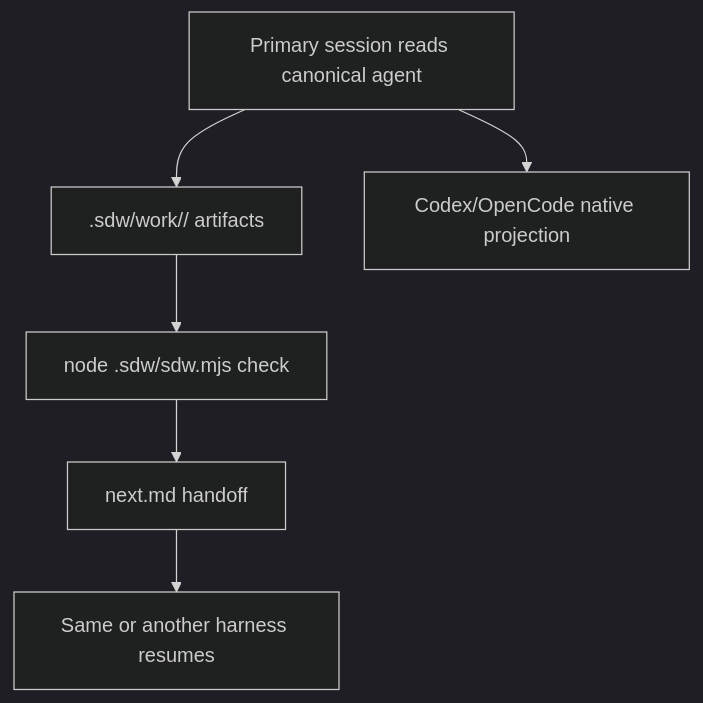
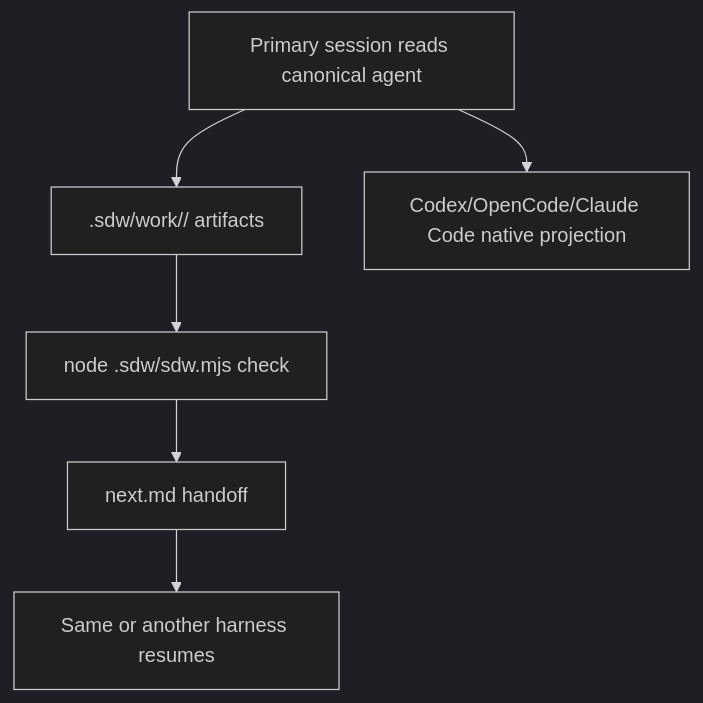
One commit to roperi/spec-driven-workflow changed the first of 2 diagrams in docs/README.md. Above: the diagram before and after it, drawn with Mermaid (dark theme). The commit also changed other lines of this file and 16 other files, not shown here.

Commit message:
Add Claude Code integration and work-directory layout guidance

````diff
--- a/docs/README.md
+++ b/docs/README.md
@@ -10,8 +10,8 @@
 ```mermaid
 flowchart TD
   P[Primary session reads canonical agent] --> A[.sdw/work/<work-id>/ artifacts]
   A --> H[node .sdw/sdw.mjs check]
   H --> N[next.md handoff]
   N --> R[Same or another harness resumes]
-  P --> I[Codex/OpenCode native projection]
+  P --> I[Codex/OpenCode/Claude Code native projection]
 ```
````
